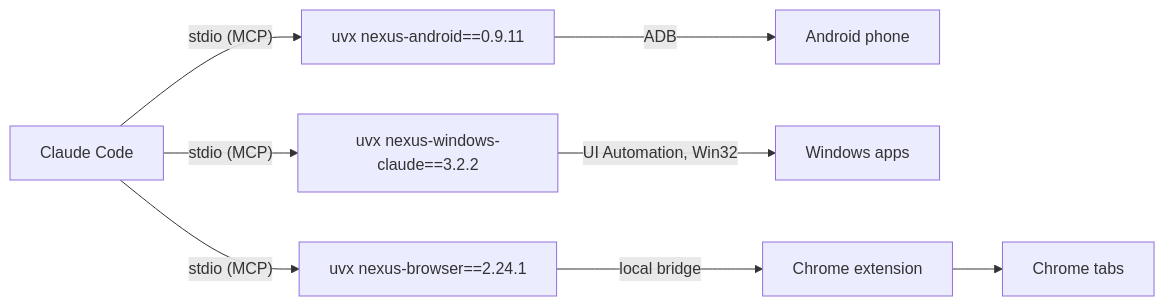
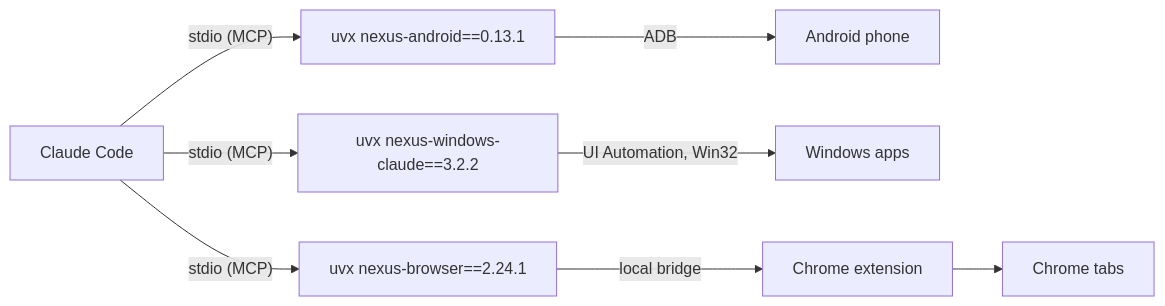
Before and after one commit to pironjulien/NexusSystem: the diagram in README.md, drawn with Mermaid. The commit also changed other lines of this file and 11 other files, not shown here.

Commit message:
Update to 1.6.4: nexus-android 0.13.1 (adb downloaded when missing, guided setup, updates left to this catalog)

````diff
--- a/README.md
+++ b/README.md
@@ -122,6 +122,6 @@
 ```mermaid
 flowchart LR
-    C["Claude Code"] -- "stdio (MCP)" --> A["uvx nexus-android==0.9.11"] -- ADB --> P["Android phone"]
+    C["Claude Code"] -- "stdio (MCP)" --> A["uvx nexus-android==0.13.1"] -- ADB --> P["Android phone"]
     C -- "stdio (MCP)" --> W["uvx nexus-windows-claude==3.2.2"] -- "UI Automation, Win32" --> D["Windows apps"]
     C -- "stdio (MCP)" --> B["uvx nexus-browser==2.24.1"] -- "local bridge" --> E["Chrome extension"] --> T["Chrome tabs"]
 ```
````
